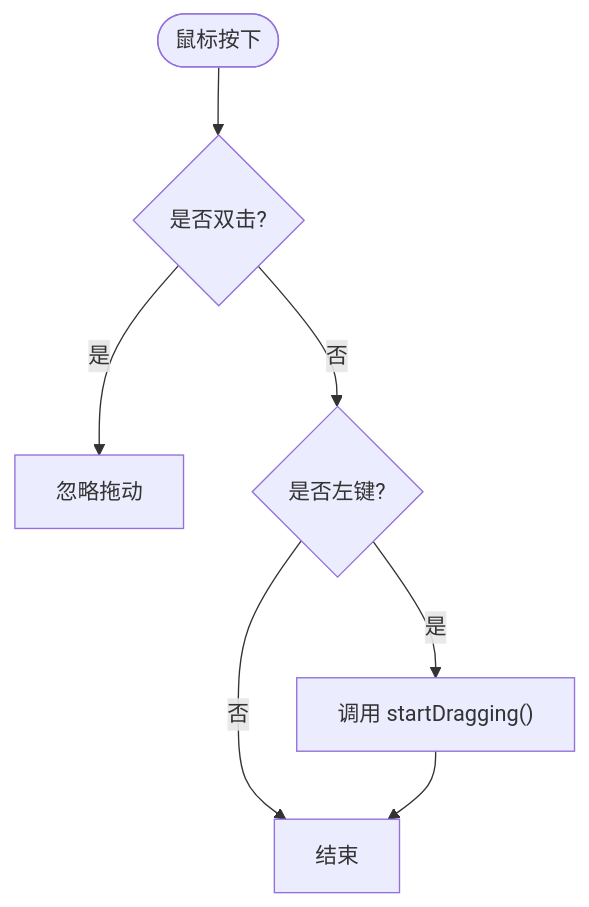
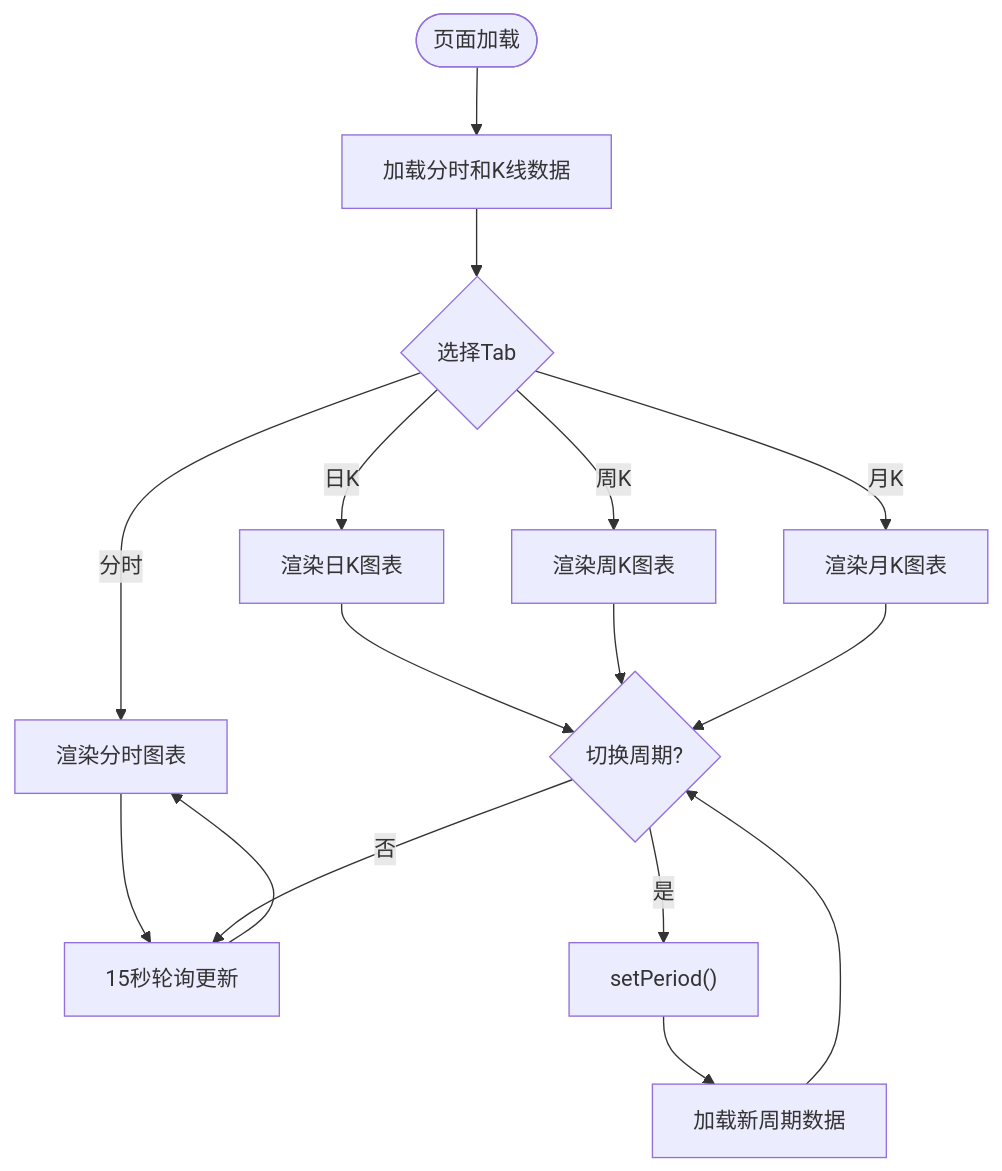
Before and after one commit to jiashaoying/hq-kanban-app: the third of 4 diagrams in .qoder/repowiki/zh/content/前端开发/组件系统/组件系统.md, drawn with Mermaid. The commit also changed other lines of this file and 7 other files, not shown here.

````diff
--- a/.qoder/repowiki/zh/content/前端开发/组件系统/组件系统.md
+++ b/.qoder/repowiki/zh/content/前端开发/组件系统/组件系统.md
@@ -138,9 +223,18 @@
 ```mermaid
 flowchart TD
-Start(["鼠标按下"]) --> Check{"是否双击?"}
-Check --> |是| Skip["忽略拖动"]
-Check --> |否| Button{"是否左键?"}
-Button --> |否| End["结束"]
-Button --> |是| Drag["调用 startDragging()"]
-Drag --> End
+Start(["页面加载"]) --> Load["加载分时和K线数据"]
+Load --> Tab{"选择Tab"}
+Tab --> |分时| Minute["渲染分时图表"]
+Tab --> |日K| Day["渲染日K图表"]
+Tab --> |周K| Week["渲染周K图表"]
+Tab --> |月K| Month["渲染月K图表"]
+Minute --> Poll["15秒轮询更新"]
+Day --> Period{"切换周期?"}
+Week --> Period
+Month --> Period
+Period --> |是| SetPeriod["setPeriod()"]
+SetPeriod --> LoadKline["加载新周期数据"]
+LoadKline --> Period
+Period --> |否| Poll
+Poll --> Minute
 ```
````
